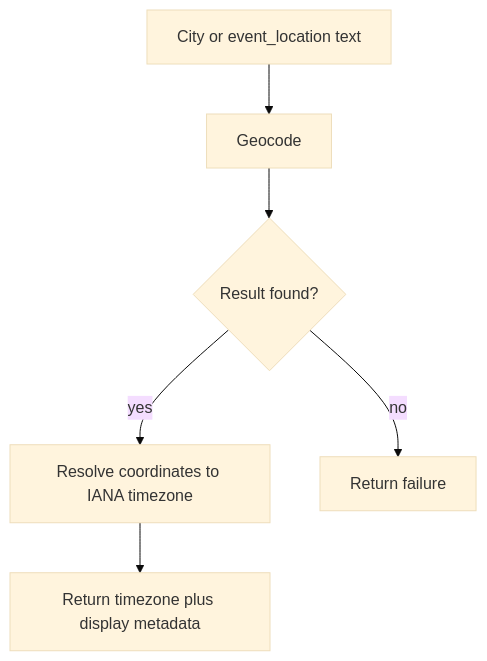
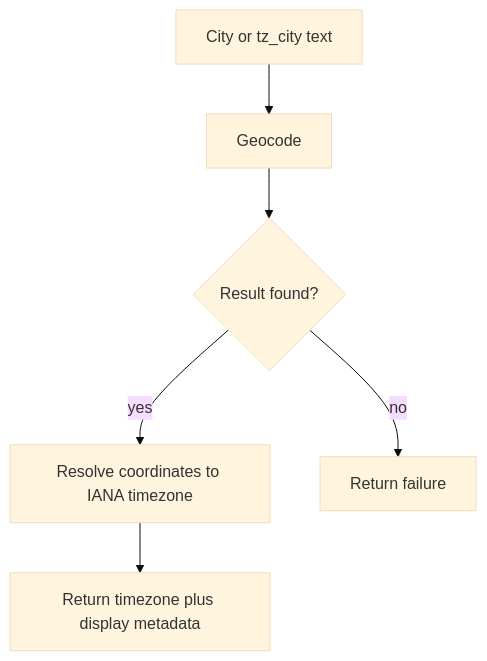
One commit to antlbn/Timezone_bot changed the diagram in journal/06_city_to_timezone.md. Above: the diagram before and after it, drawn with Mermaid (base theme). The commit also changed other lines of this file and 20 other files, not shown here.

First line of the commit message:
Refactor onboarding and event detection logic to utilize explicit source-location hints

````diff
--- a/journal/06_city_to_timezone.md
+++ b/journal/06_city_to_timezone.md
@@ -35,8 +35,8 @@
 ```mermaid
 flowchart TD
-    A[City or event_location text] --> B[Geocode]
+    A[City or tz_city text] --> B[Geocode]
     B --> C{Result found?}
     C -- yes --> D[Resolve coordinates to IANA timezone]
     D --> E[Return timezone plus display metadata]
     C -- no --> F[Return failure]
 ```
````
